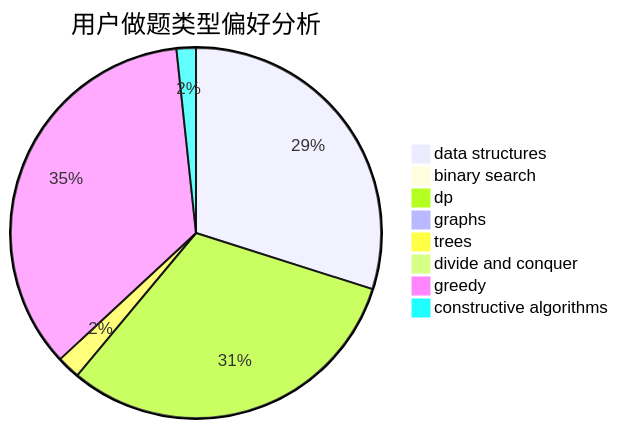
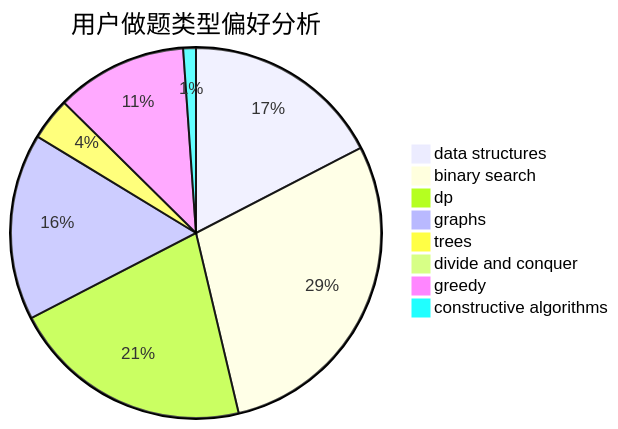
The second of 3 diagrams in docs/user/u868.md (sherpahu/cfrs.github.io), drawn with Mermaid before and after one commit. The commit also changed other lines of this file and 2770 other files, not shown here.

````diff
--- a/docs/user/u868.md
+++ b/docs/user/u868.md
@@ -23,11 +23,11 @@
 ```mermaid
 pie title 用户做题类型偏好分析
-    "data structures" :  354
-    "binary search" :  12
-    "dp" :  369
-    "graphs" :  6
-    "trees" :  24
-    "divide and conquer" :  3
-    "greedy" :  417
-    "constructive algorithms" :  20
+    "data structures" :  47
+    "binary search" :  78
+    "dp" :  57
+    "graphs" :  44
+    "trees" :  10
+    "divide and conquer" :  1
+    "greedy" :  31
+    "constructive algorithms" :  3
 ```
````
